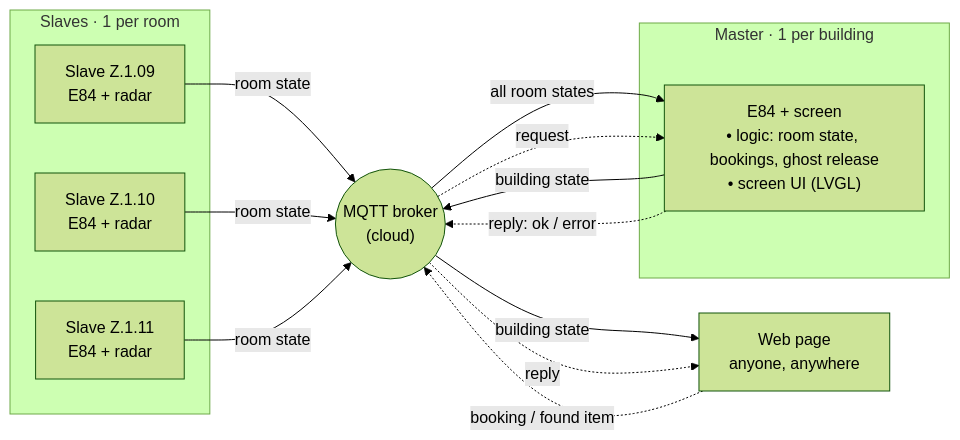
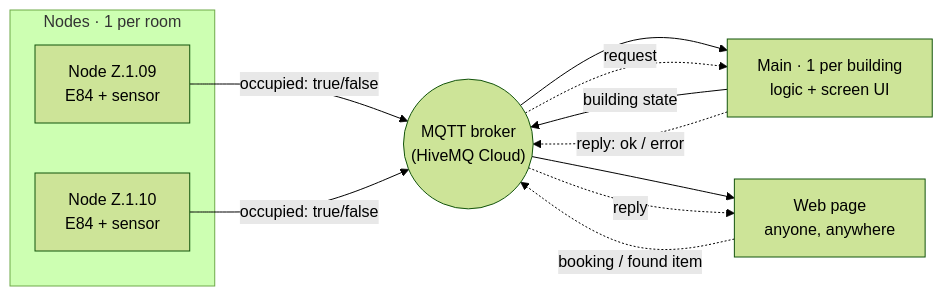
One commit to NadaAbbas444/inhabitx changed the first of 2 diagrams in README.md. Above: the diagram before and after it, drawn with Mermaid (forest theme). The commit also changed other lines of this file and 40 other files, not shown here.

First line of the commit message:
Main and nodes, last will, slave-free docs

````diff
--- a/README.md
+++ b/README.md
@@ -24,27 +26,20 @@
 ```mermaid
 flowchart LR
-    subgraph ROOMS["Slaves · 1 per room"]
-        S1["Slave Z.1.09<br/>E84 + radar"]
-        S2["Slave Z.1.10<br/>E84 + radar"]
-        S3["Slave Z.1.11<br/>E84 + radar"]
+    subgraph ROOMS["Nodes · 1 per room"]
+        N1["Node Z.1.09<br/>E84 + sensor"]
+        N2["Node Z.1.10<br/>E84 + sensor"]
     end
-
-    B(("MQTT broker<br/>(cloud)"))
-
-    subgraph BUILDING["Master · 1 per building"]
-        M["E84 + screen<br/>• logic: room state, bookings, ghost release<br/>• screen UI (LVGL)"]
-    end
-
+    B(("MQTT broker<br/>(HiveMQ Cloud)"))
+    M["Main · 1 per building<br/>logic + screen UI"]
     W["Web page<br/>anyone, anywhere"]
 
-    S1 -- "room state" --> B
-    S2 -- "room state" --> B
-    S3 -- "room state" --> B
-    B -- "all room states" --> M
+    N1 -- "occupied: true/false" --> B
+    N2 -- "occupied: true/false" --> B
+    B --> M
     M -- "building state" --> B
-    B -- "building state" --> W
+    B --> W
     W -. "booking / found item" .-> B
     B -. "request" .-> M
     M -. "reply: ok / error" .-> B
     B -. "reply" .-> W
 ```
````
